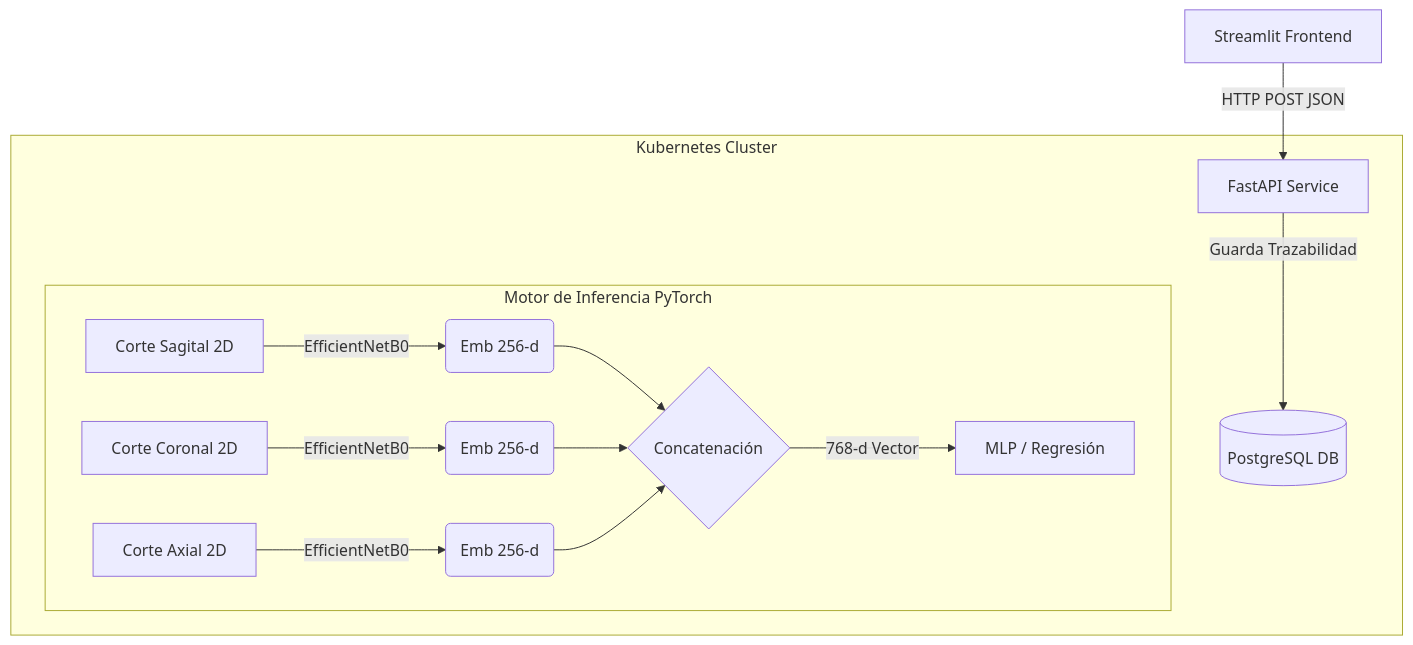
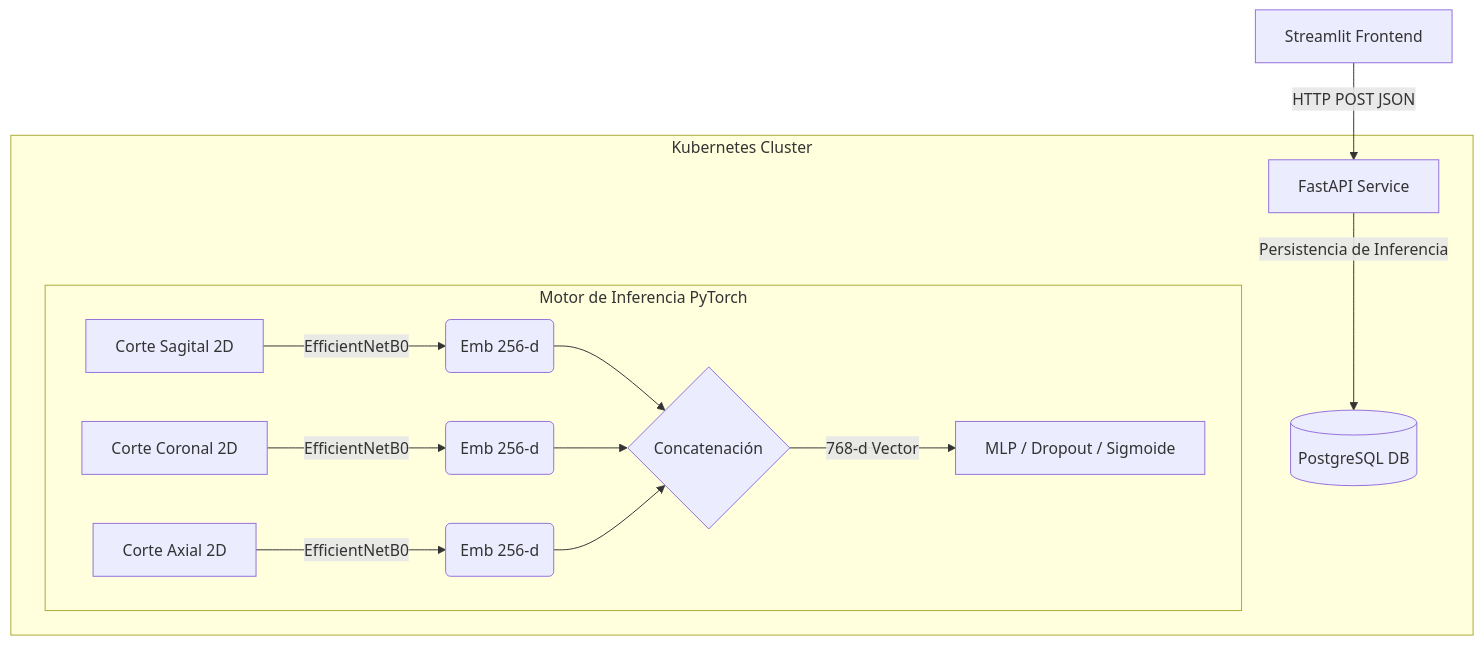
Before and after one commit to ErnestoSCL/app_prediccion_autismo_fusion_embeddings: the diagram in README.md, drawn with Mermaid. The commit also changed other lines of this file and 1 other file, not shown here.

````diff
--- a/README.md
+++ b/README.md
@@ -22,20 +25,20 @@
 ```mermaid
 graph TD
     UI[Streamlit Frontend] -->|HTTP POST JSON| API[FastAPI Service]
-    API -->|Guarda Trazabilidad| DB[(PostgreSQL DB)]
+    API -->|Persistencia de Inferencia| DB[(PostgreSQL DB)]
     
     subgraph Kubernetes Cluster
         API
         DB
         
         subgraph Motor de Inferencia PyTorch
             A[Corte Sagital 2D] -->|EfficientNetB0| D(Emb 256-d)
             B[Corte Coronal 2D] -->|EfficientNetB0| E(Emb 256-d)
             C[Corte Axial 2D] -->|EfficientNetB0| F(Emb 256-d)
             D --> G{Concatenación}
             E --> G
             F --> G
-            G -->|768-d Vector| H[MLP / Regresión]
+            G -->|768-d Vector| H[MLP / Dropout / Sigmoide]
         end
     end
 ```
````
